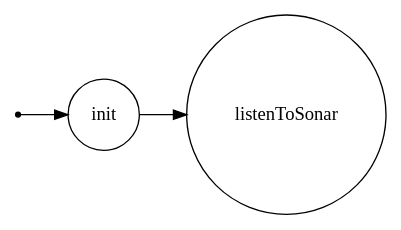
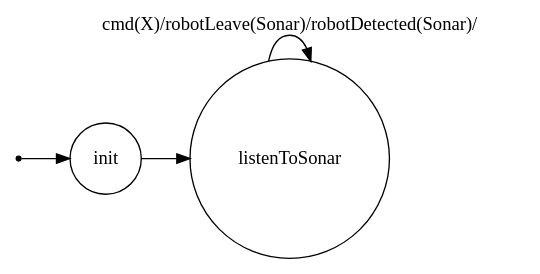
The diagram in Model1/srcMore/it/unibo/robotmind/dotFsm.gv (sabbio93/QRobotEvitaMuri), drawn with Graphviz before and after one commit. The commit also changed 50 other files, not shown here.

```diff
--- a/Model1/srcMore/it/unibo/robotmind/dotFsm.gv
+++ b/Model1/srcMore/it/unibo/robotmind/dotFsm.gv
@@ -1,20 +1,22 @@
 /*
 *
 * A GraphViz DOT FSM description 
 * Please use a GraphViz visualizer (like http://www.webgraphviz.com)
 * 
 * Generated by AM,NC,RM
 *  
 */
  
 digraph finite_state_machine {
   	rankdir=LR;
   	size="8,5"
   	node [shape = point]; iniziale;
   	node [shape = doublecircle]; 
   	node [shape = circle];
   	iniziale -> init [label = ""];
   	
   	
   	init -> listenToSonar [ label = ""];
+  	
+  	listenToSonar -> listenToSonar [ label = "cmd(X)/robotLeave(Sonar)/robotDetected(Sonar)/"];
 }
```
